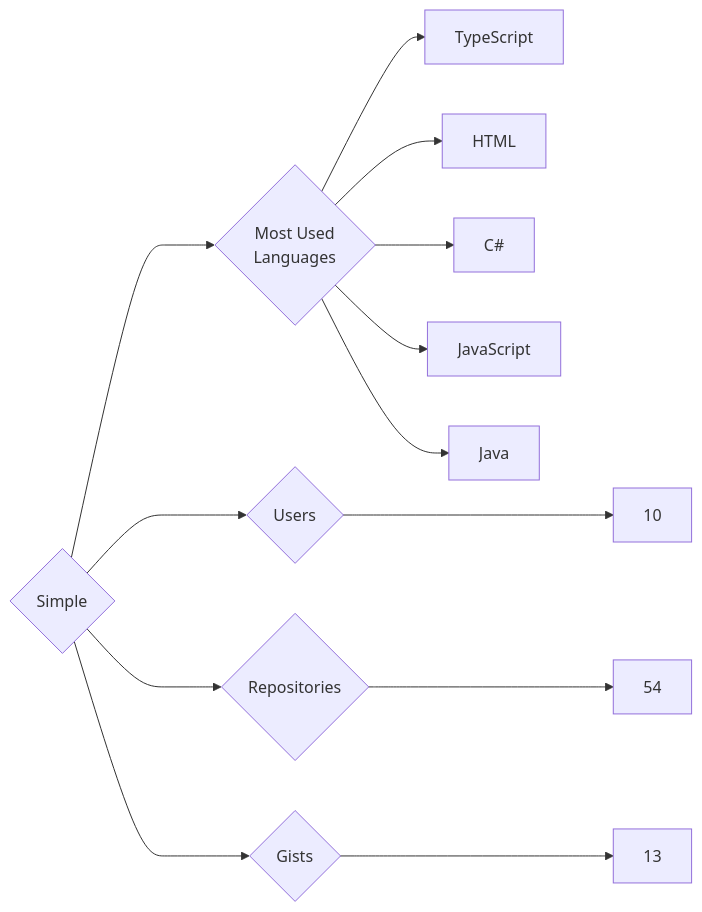
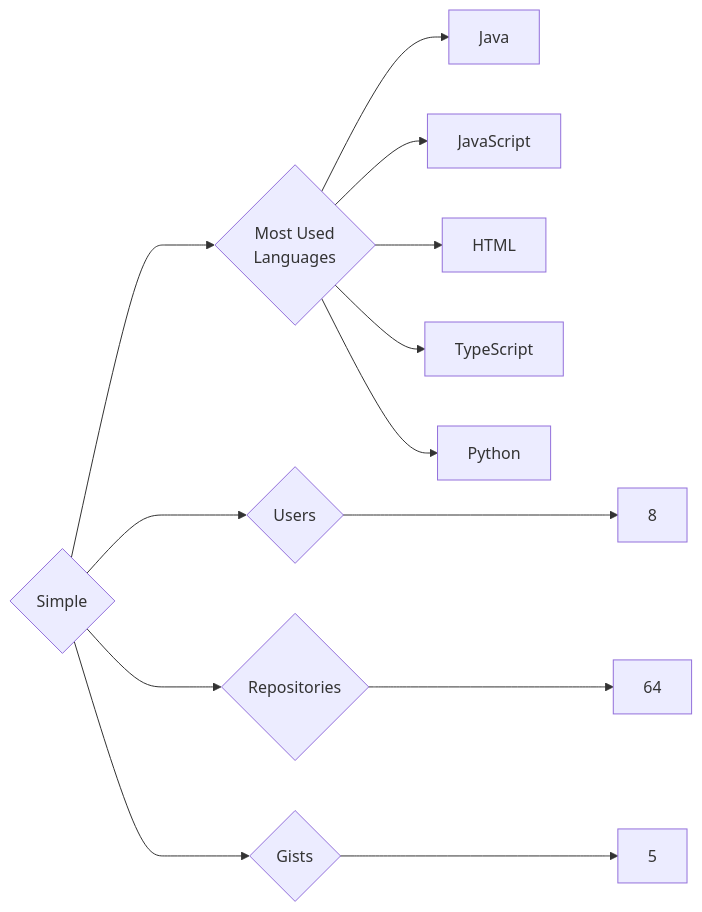
The diagram in targets/Simple/README.md (trickest/insiders), drawn with Mermaid before and after one commit. The commit also changed 948 other files, not shown here.

````diff
--- a/targets/Simple/README.md
+++ b/targets/Simple/README.md
@@ -3,13 +3,13 @@
 ```mermaid
 graph LR
 COMPANY_NAME{Simple}
-COMPANY_NAME ---> U{Users} ---> UN[10]
-COMPANY_NAME ---> R{Repositories} ---> RN[54]
-COMPANY_NAME ---> G{Gists} ---> GN[13]
+COMPANY_NAME ---> U{Users} ---> UN[8]
+COMPANY_NAME ---> R{Repositories} ---> RN[64]
+COMPANY_NAME ---> G{Gists} ---> GN[5]
 COMPANY_NAME ---> ML{Most Used<br>Languages}
+ML --> Java[Java]
+ML --> JavaScript[JavaScript]
+ML --> HTML[HTML]
 ML --> TypeScript[TypeScript]
-ML --> HTML[HTML]
-ML --> C#[C#]
-ML --> JavaScript[JavaScript]
-ML --> Java[Java]
+ML --> Python[Python]
 ```
````
